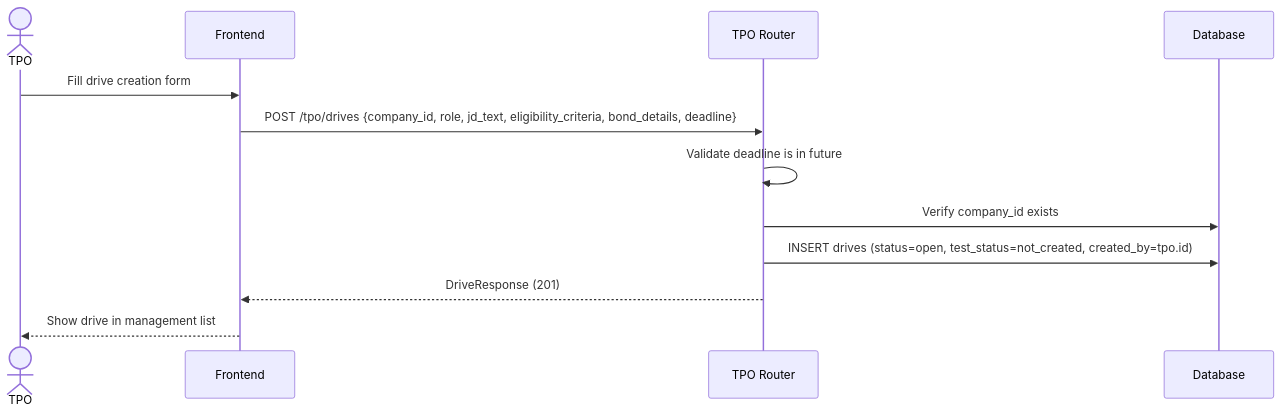
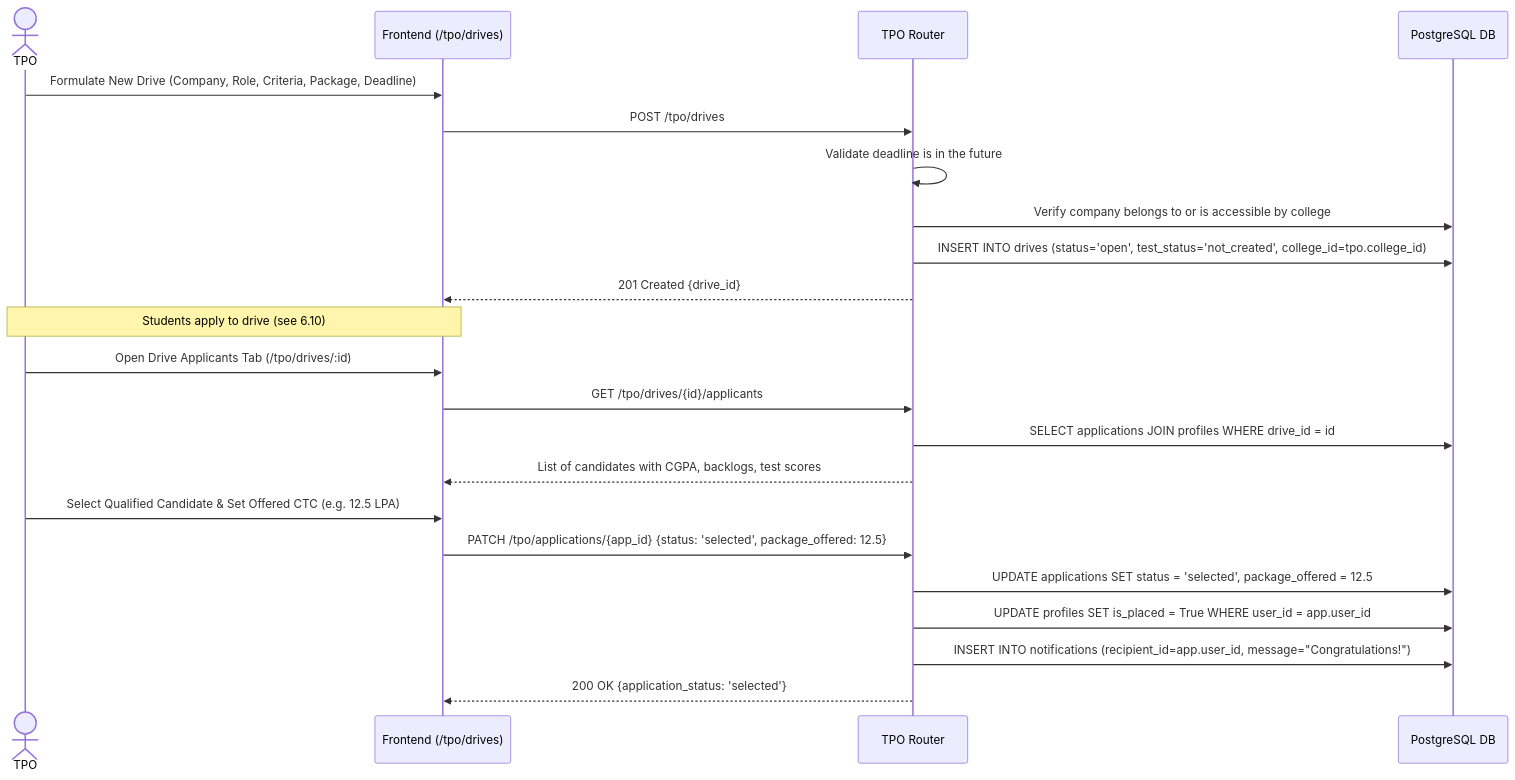
Before and after one commit to prathamraval33/7th-sem-project: diagram 14 of 39 in info.md, drawn with Mermaid. The commit also changed other lines of this file and 11 other files, not shown here.

````diff
--- a/info.md
+++ b/info.md
@@ -1181,15 +2342,28 @@
 ```mermaid
 sequenceDiagram
     actor TPO
-    participant FE as Frontend
+    participant FE as Frontend (/tpo/drives)
     participant TPORouter as TPO Router
-    participant DB as Database
+    participant DB as PostgreSQL DB
 
-    TPO->>FE: Fill drive creation form
-    FE->>TPORouter: POST /tpo/drives {company_id, role, jd_text, eligibility_criteria, bond_details, deadline}
-    TPORouter->>TPORouter: Validate deadline is in future
-    TPORouter->>DB: Verify company_id exists
-    TPORouter->>DB: INSERT drives (status=open, test_status=not_created, created_by=tpo.id)
-    TPORouter-->>FE: DriveResponse (201)
-    FE-->>TPO: Show drive in management list
+    TPO->>FE: Formulate New Drive (Company, Role, Criteria, Package, Deadline)
+    FE->>TPORouter: POST /tpo/drives
+    TPORouter->>TPORouter: Validate deadline is in the future
+    TPORouter->>DB: Verify company belongs to or is accessible by college
+    TPORouter->>DB: INSERT INTO drives (status='open', test_status='not_created', college_id=tpo.college_id)
+    TPORouter-->>FE: 201 Created {drive_id}
+
+    Note over TPO, FE: Students apply to drive (see 6.10)
+
+    TPO->>FE: Open Drive Applicants Tab (/tpo/drives/:id)
+    FE->>TPORouter: GET /tpo/drives/{id}/applicants
+    TPORouter->>DB: SELECT applications JOIN profiles WHERE drive_id = id
+    TPORouter-->>FE: List of candidates with CGPA, backlogs, test scores
+
+    TPO->>FE: Select Qualified Candidate & Set Offered CTC (e.g. 12.5 LPA)
+    FE->>TPORouter: PATCH /tpo/applications/{app_id} {status: 'selected', package_offered: 12.5}
+    TPORouter->>DB: UPDATE applications SET status = 'selected', package_offered = 12.5
+    TPORouter->>DB: UPDATE profiles SET is_placed = True WHERE user_id = app.user_id
+    TPORouter->>DB: INSERT INTO notifications (recipient_id=app.user_id, message="Congratulations!")
+    TPORouter-->>FE: 200 OK {application_status: 'selected'}
 ```
````
